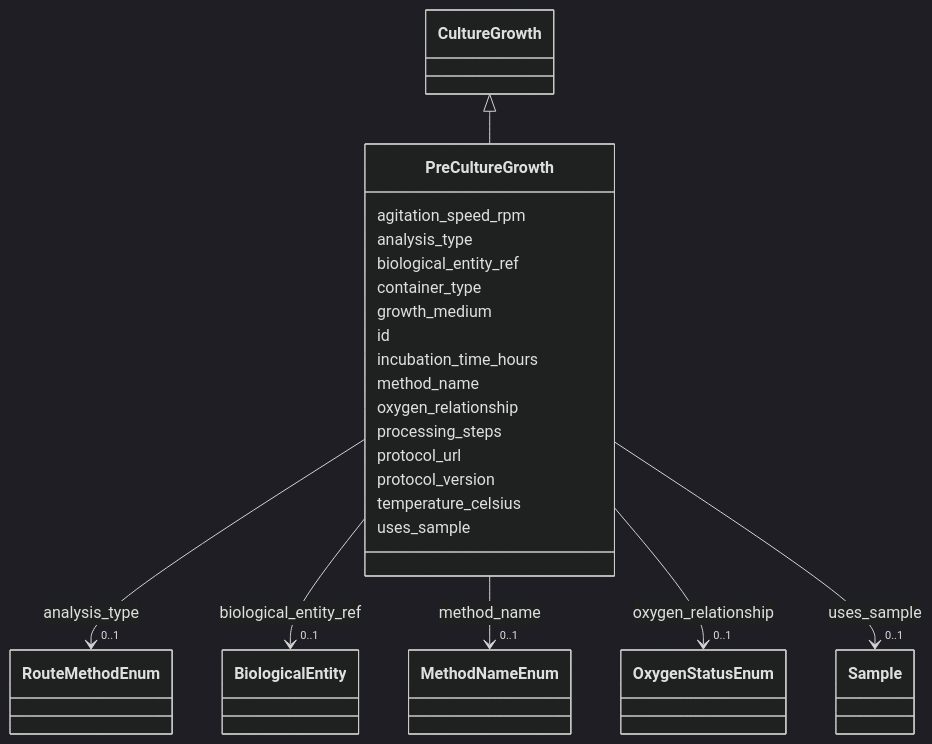
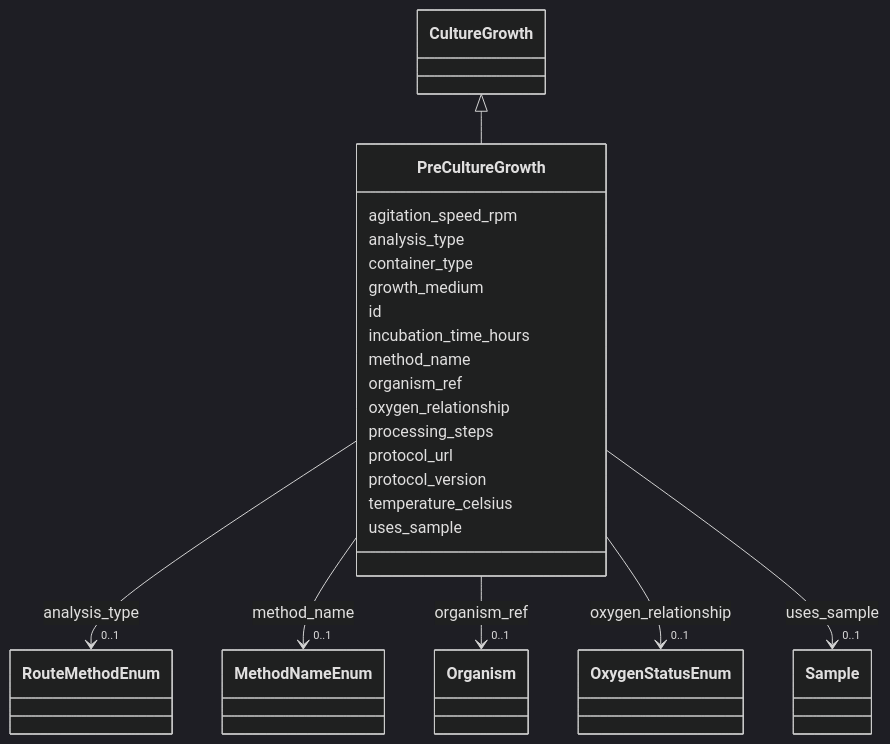
Before and after one commit to EMSL-Computing/BASALT-Schema: the diagram in docs/elements/PreCultureGrowth.md, drawn with Mermaid (dark theme). The commit also changed other lines of this file and 167 other files, not shown here.

Commit message:
refactor 'biological_entity' to 'organism' and regen visualizer, models, docs

````diff
--- a/docs/elements/PreCultureGrowth.md
+++ b/docs/elements/PreCultureGrowth.md
@@ -28,82 +28,82 @@
 ```mermaid
  classDiagram
     class PreCultureGrowth
     click PreCultureGrowth href "../PreCultureGrowth/"
       CultureGrowth <|-- PreCultureGrowth
         click CultureGrowth href "../CultureGrowth/"
       
       PreCultureGrowth : agitation_speed_rpm
         
       PreCultureGrowth : analysis_type
         
           
     
         
         
         PreCultureGrowth --> "0..1" RouteMethodEnum : analysis_type
         click RouteMethodEnum href "../RouteMethodEnum/"
     
 
         
-      PreCultureGrowth : biological_entity_ref
-        
-          
-    
-        
-        
-        PreCultureGrowth --> "0..1" BiologicalEntity : biological_entity_ref
-        click BiologicalEntity href "../BiologicalEntity/"
-    
-
-        
       PreCultureGrowth : container_type
         
       PreCultureGrowth : growth_medium
         
       PreCultureGrowth : id
         
       PreCultureGrowth : incubation_time_hours
         
       PreCultureGrowth : method_name
         
           
     
         
         
         PreCultureGrowth --> "0..1" MethodNameEnum : method_name
         click MethodNameEnum href "../MethodNameEnum/"
+    
+
+        
+      PreCultureGrowth : organism_ref
+        
+          
+    
+        
+        
+        PreCultureGrowth --> "0..1" Organism : organism_ref
+        click Organism href "../Organism/"
     
 
         
       PreCultureGrowth : oxygen_relationship
         
           
     
         
         
         PreCultureGrowth --> "0..1" OxygenStatusEnum : oxygen_relationship
         click OxygenStatusEnum href "../OxygenStatusEnum/"
     
 
         
       PreCultureGrowth : processing_steps
         
       PreCultureGrowth : protocol_url
         
       PreCultureGrowth : protocol_version
         
       PreCultureGrowth : temperature_celsius
         
       PreCultureGrowth : uses_sample
         
           
     
         
         
         PreCultureGrowth --> "0..1" Sample : uses_sample
         click Sample href "../Sample/"
     
 
         
       
 ```
````
